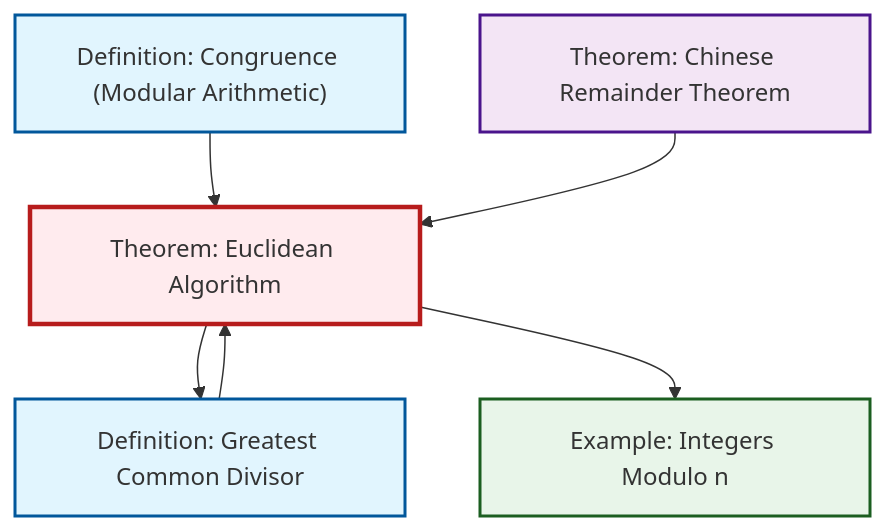
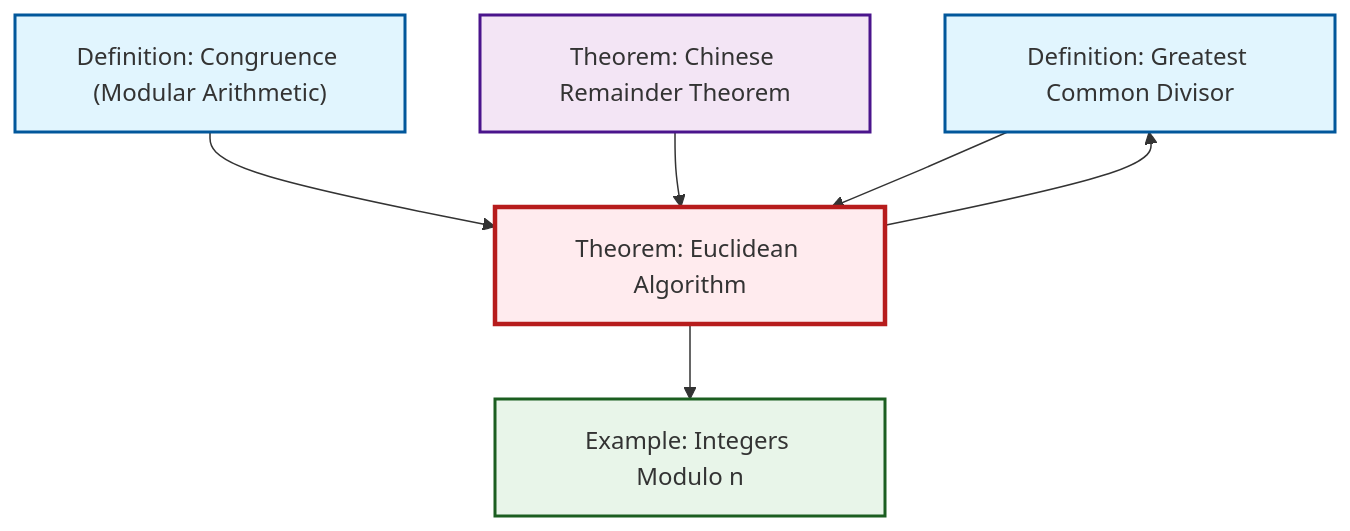
Before and after one commit to RK0429/ModernMath: the second of 2 diagrams in content/en/number-theory/thm-euclidean-algorithm.qmd, drawn with Mermaid. The commit also changed other lines of this file and 491 other files, not shown here.

````diff
--- a/content/en/number-theory/thm-euclidean-algorithm.qmd
+++ b/content/en/number-theory/thm-euclidean-algorithm.qmd
@@ -94,24 +94,24 @@
 ```{mermaid}
 %%| fig-cap: "Local dependency graph"
 graph TD
     classDef definition fill:#e1f5fe,stroke:#01579b,stroke-width:2px
     classDef theorem fill:#f3e5f5,stroke:#4a148c,stroke-width:2px
     classDef axiom fill:#fff3e0,stroke:#e65100,stroke-width:2px
     classDef example fill:#e8f5e9,stroke:#1b5e20,stroke-width:2px
     classDef current fill:#ffebee,stroke:#b71c1c,stroke-width:3px
+    def-gcd["Definition: Greatest Common Divisor"]:::definition
+    thm-euclidean-algorithm["Theorem: Euclidean Algorithm"]:::theorem
     thm-chinese-remainder["Theorem: Chinese Remainder Theorem"]:::theorem
-    def-gcd["Definition: Greatest Common Divisor"]:::definition
     def-congruence["Definition: Congruence (Modular Arithmetic)"]:::definition
     ex-quotient-integers-mod-n["Example: Integers Modulo n"]:::example
-    thm-euclidean-algorithm["Theorem: Euclidean Algorithm"]:::theorem
+    thm-euclidean-algorithm --> def-gcd
     def-congruence --> thm-euclidean-algorithm
+    thm-euclidean-algorithm --> ex-quotient-integers-mod-n
     thm-chinese-remainder --> thm-euclidean-algorithm
     def-gcd --> thm-euclidean-algorithm
-    thm-euclidean-algorithm --> def-gcd
-    thm-euclidean-algorithm --> ex-quotient-integers-mod-n
     class thm-euclidean-algorithm current
+    click def-gcd "def-gcd.html" "Go to Greatest Common Divisor definition"
     click thm-chinese-remainder "thm-chinese-remainder.html" "Go to Chinese Remainder Theorem theorem"
-    click def-gcd "def-gcd.html" "Go to Greatest Common Divisor definition"
     click def-congruence "def-congruence.html" "Go to Congruence (Modular Arithmetic) definition"
     click ex-quotient-integers-mod-n "ex-quotient-integers-mod-n.html" "Go to Integers Modulo n example"
 ```
````
